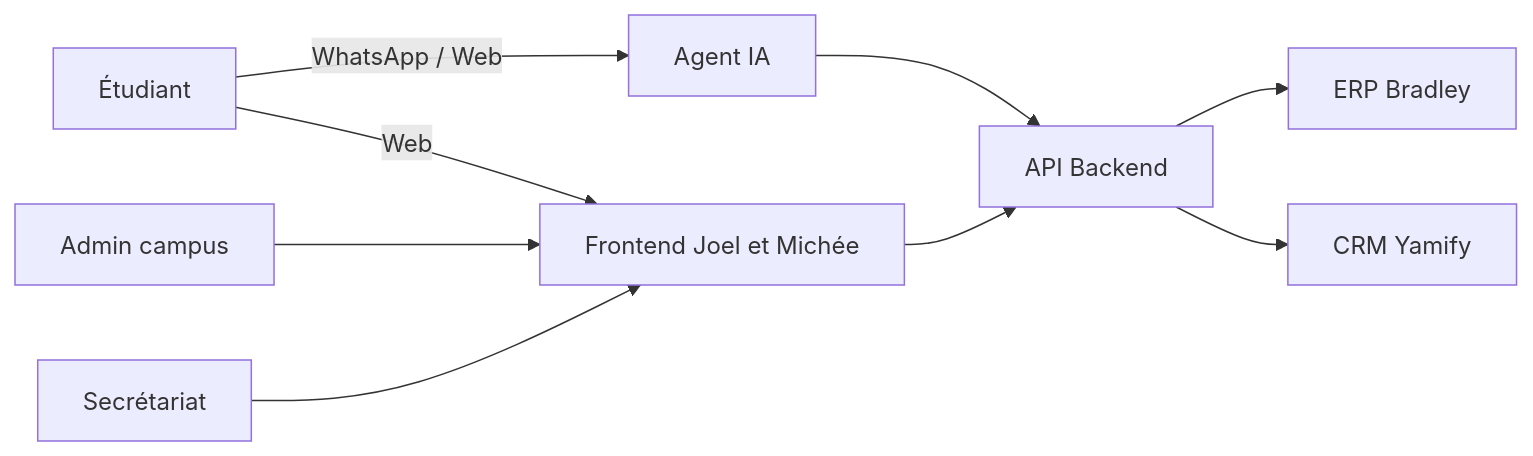
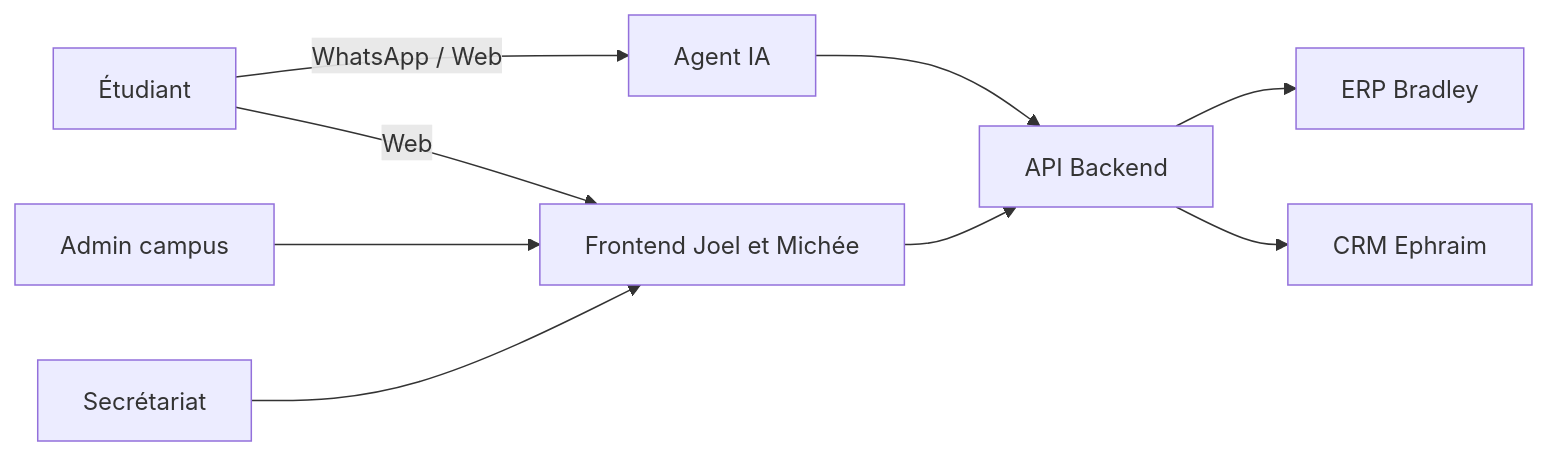
The first of 3 diagrams in docs/PLAN-CONCEPTION.md (Chemi09/SmartCampus-Agent), drawn with Mermaid before and after one commit. The commit also changed other lines of this file and 151 other files, not shown here.

````diff
--- a/docs/PLAN-CONCEPTION.md
+++ b/docs/PLAN-CONCEPTION.md
@@ -67,11 +67,11 @@
 ```mermaid
 flowchart LR
   E[Étudiant] -->|WhatsApp / Web| AG[Agent IA]
   E -->|Web| FE[Frontend Joel et Michée]
   AD[Admin campus] --> FE
   SEC[Secrétariat] --> FE
   AG --> API[API Backend]
   FE --> API
   API --> ERP[ERP Bradley]
-  API --> CRM[CRM Yamify]
+  API --> CRM[CRM Ephraim]
 ```
````
